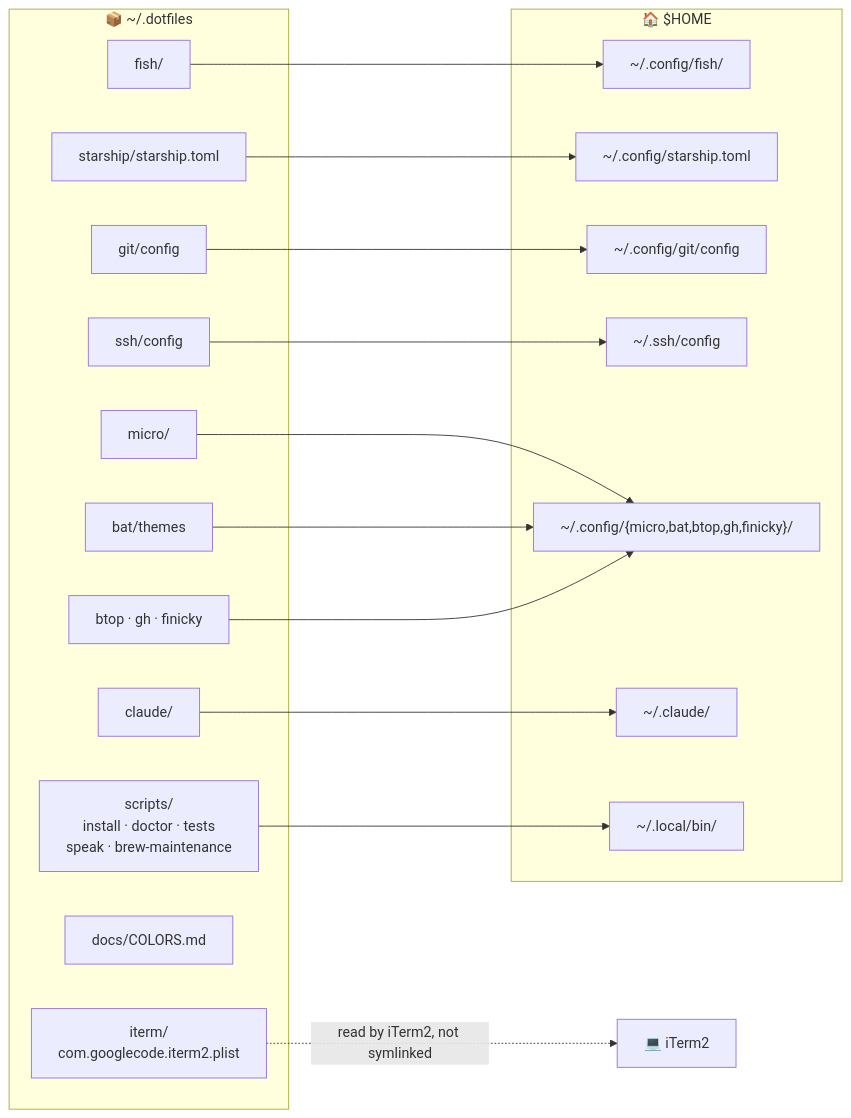
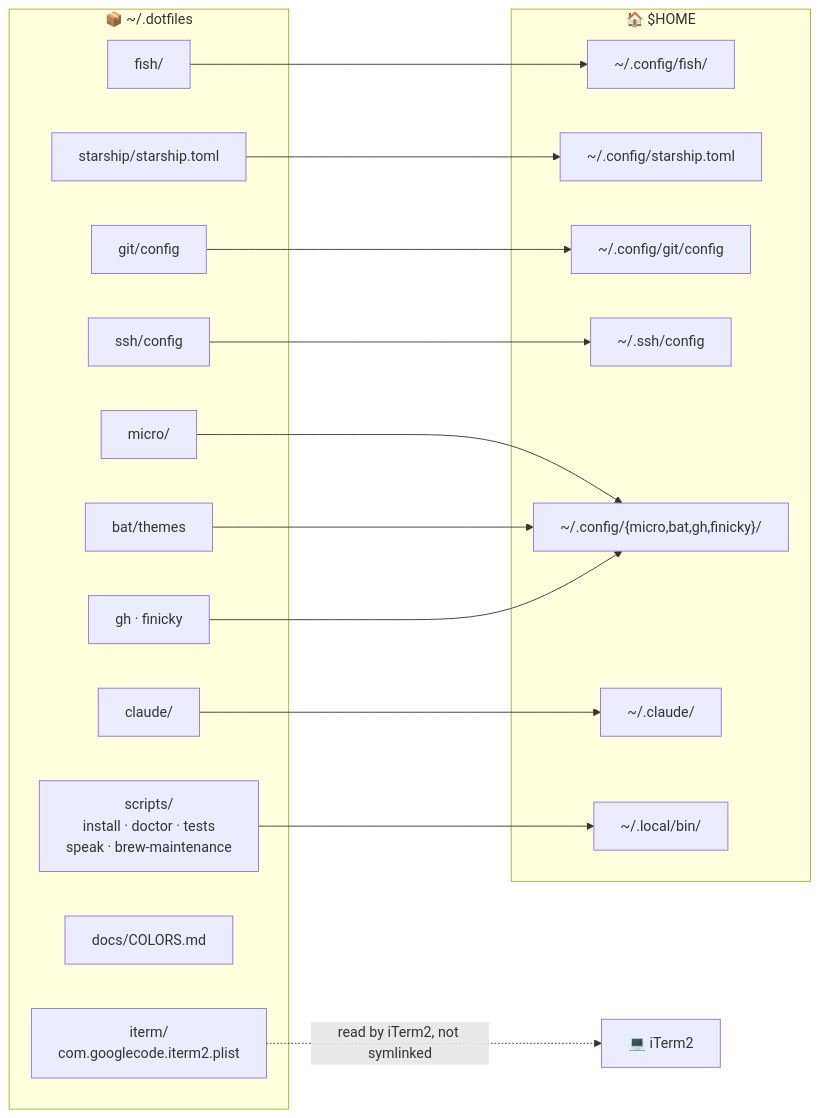
The first of 5 diagrams in README.md (sergio-santiago/.dotfiles), drawn with Mermaid before and after one commit. The commit also changed other lines of this file and 8 other files, not shown here.

````diff
--- a/README.md
+++ b/README.md
@@ -119,35 +115,35 @@
 ```mermaid
 flowchart LR
     subgraph repo["📦 ~/.dotfiles"]
         fish["fish/"]
         starship["starship/starship.toml"]
         gitc["git/config"]
         ssh["ssh/config"]
         micro["micro/"]
         bat["bat/themes"]
         claude["claude/"]
-        misc["btop · gh · finicky"]
+        misc["gh · finicky"]
         scripts["scripts/<br/>install · doctor · tests<br/>speak · brew-maintenance"]
         docs["docs/COLORS.md"]
         iterm["iterm/<br/>com.googlecode.iterm2.plist"]
     end
     subgraph home["🏠 $HOME"]
         cfgfish["~/.config/fish/"]
         cfgstar["~/.config/starship.toml"]
         cfggit["~/.config/git/config"]
         sshcfg["~/.ssh/config"]
-        cfgmisc["~/.config/{micro,bat,btop,gh,finicky}/"]
+        cfgmisc["~/.config/{micro,bat,gh,finicky}/"]
         dotclaude["~/.claude/"]
         localbin["~/.local/bin/"]
     end
     fish --> cfgfish
     starship --> cfgstar
     gitc --> cfggit
     ssh --> sshcfg
     micro --> cfgmisc
     bat --> cfgmisc
     misc --> cfgmisc
     claude --> dotclaude
     scripts --> localbin
     iterm -.->|"read by iTerm2, not symlinked"| app["💻 iTerm2"]
 ```
````
